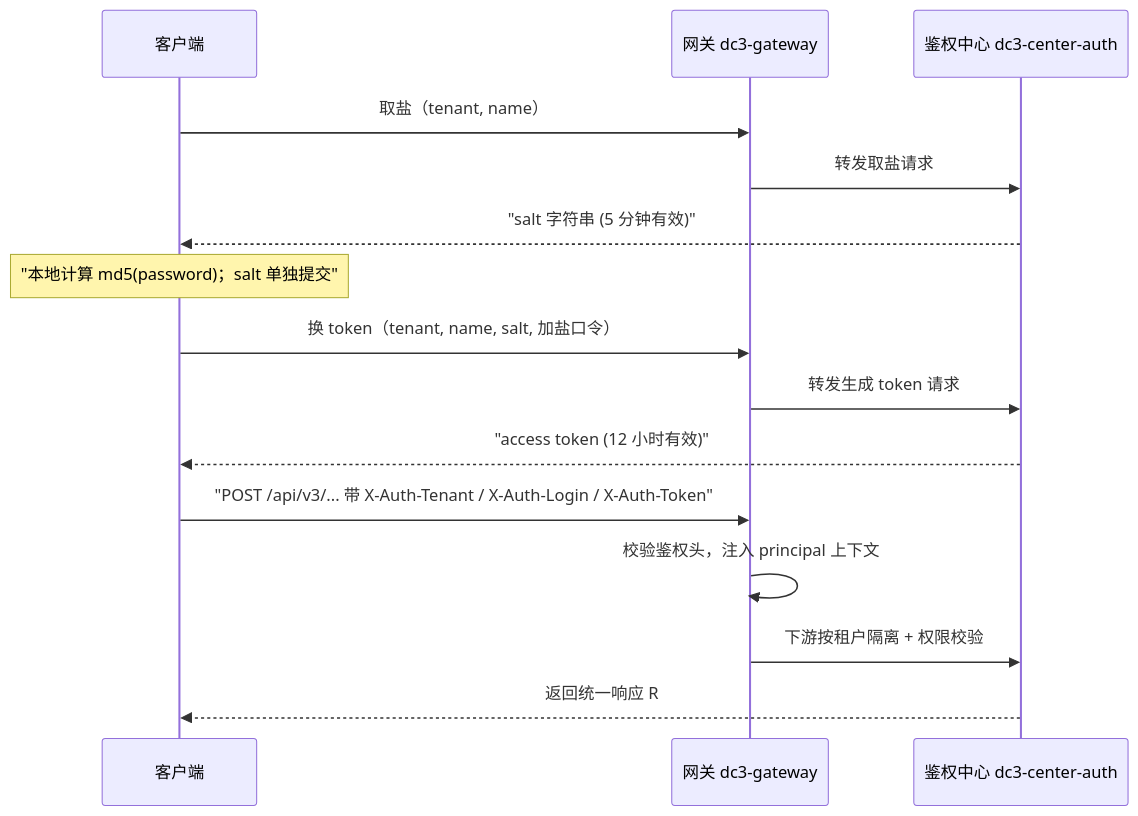
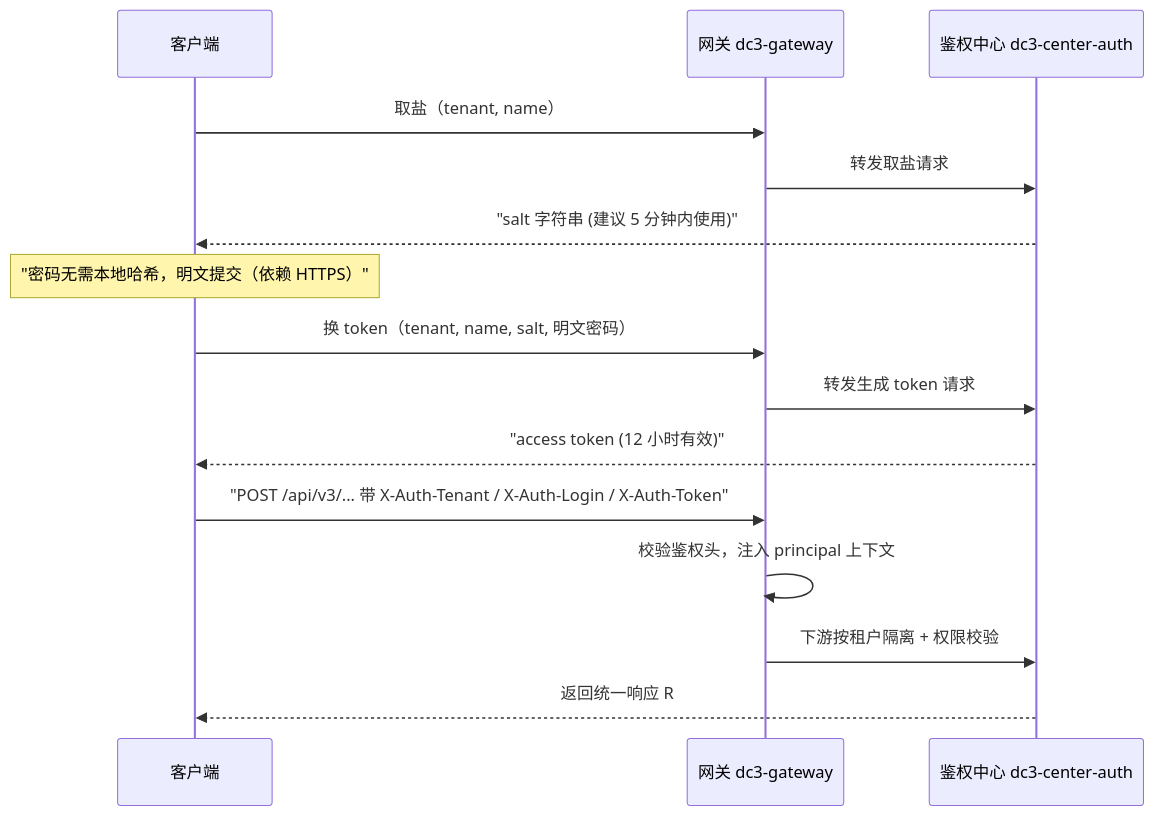
The second of 2 diagrams in docs/zh/development/api-documentation.md (pnoker/iot-dc3), drawn with Mermaid before and after one commit. The commit also changed other lines of this file and 64 other files, not shown here.

First line of the commit message:
docs: update documentation, architecture diagrams and superpowers analysis

````diff
--- a/docs/zh/development/api-documentation.md
+++ b/docs/zh/development/api-documentation.md
@@ -61,17 +62,17 @@
 ```mermaid
 sequenceDiagram
   participant Client as 客户端
   participant GW as 网关 dc3-gateway
   participant Auth as 鉴权中心 dc3-center-auth
   Client->>GW: 取盐（tenant, name）
   GW->>Auth: 转发取盐请求
-  Auth-->>Client: "salt 字符串 (5 分钟有效)"
-  Note over Client: "本地计算 md5(password)；salt 单独提交"
-  Client->>GW: 换 token（tenant, name, salt, 加盐口令）
+  Auth-->>Client: "salt 字符串 (建议 5 分钟内使用)"
+  Note over Client: "密码无需本地哈希，明文提交（依赖 HTTPS）"
+  Client->>GW: 换 token（tenant, name, salt, 明文密码）
   GW->>Auth: 转发生成 token 请求
   Auth-->>Client: "access token (12 小时有效)"
   Client->>GW: "POST /api/v3/... 带 X-Auth-Tenant / X-Auth-Login / X-Auth-Token"
   GW->>GW: 校验鉴权头，注入 principal 上下文
   GW->>Auth: 下游按租户隔离 + 权限校验
   Auth-->>Client: 返回统一响应 R
 ```
````
